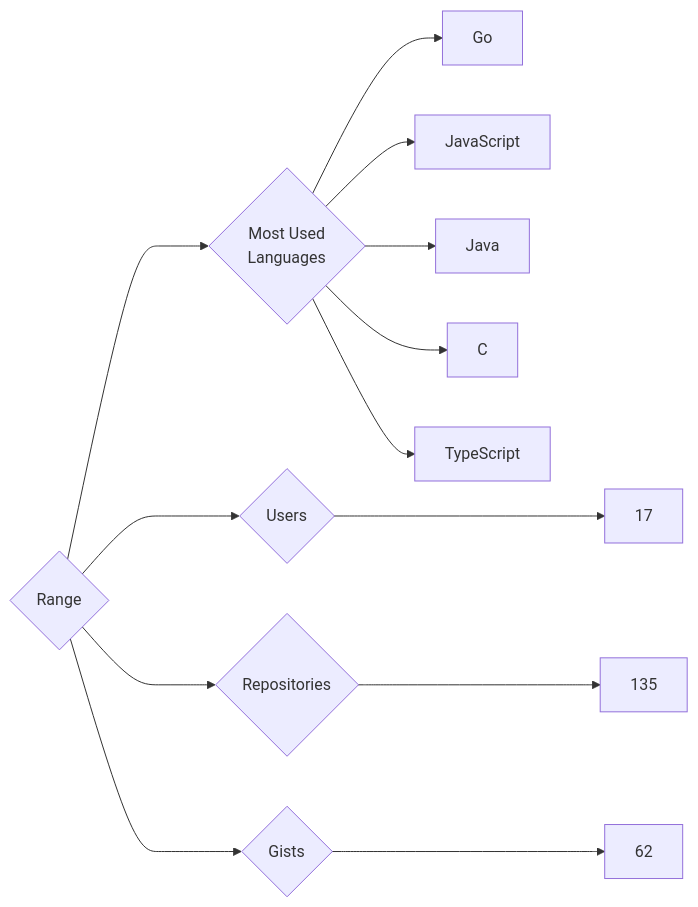
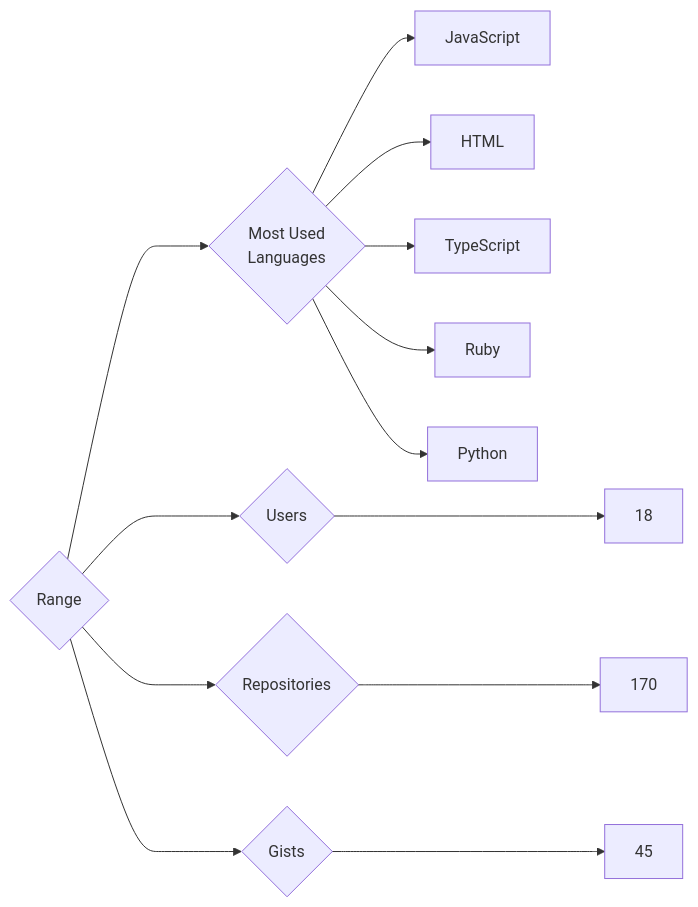
Before and after one commit to trickest/insiders: the diagram in targets/Range/README.md, drawn with Mermaid. The commit also changed 976 other files, not shown here.

````diff
--- a/targets/Range/README.md
+++ b/targets/Range/README.md
@@ -3,13 +3,13 @@
 ```mermaid
 graph LR
 COMPANY_NAME{Range}
-COMPANY_NAME ---> U{Users} ---> UN[17]
-COMPANY_NAME ---> R{Repositories} ---> RN[135]
-COMPANY_NAME ---> G{Gists} ---> GN[62]
+COMPANY_NAME ---> U{Users} ---> UN[18]
+COMPANY_NAME ---> R{Repositories} ---> RN[170]
+COMPANY_NAME ---> G{Gists} ---> GN[45]
 COMPANY_NAME ---> ML{Most Used<br>Languages}
-ML --> Go[Go]
 ML --> JavaScript[JavaScript]
-ML --> Java[Java]
-ML --> C[C]
+ML --> HTML[HTML]
 ML --> TypeScript[TypeScript]
+ML --> Ruby[Ruby]
+ML --> Python[Python]
 ```
````
